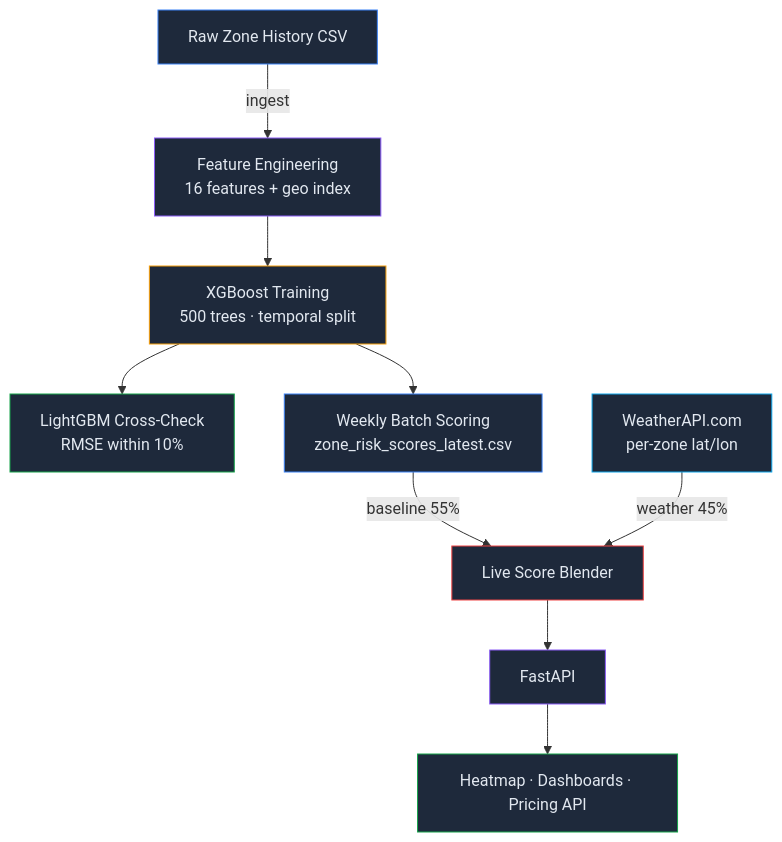
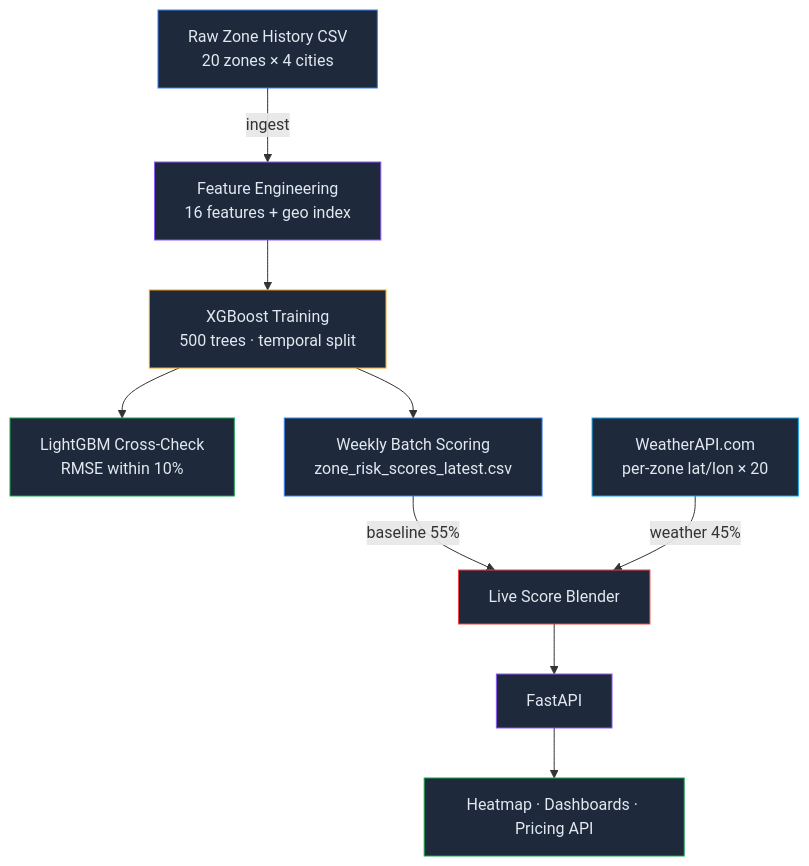
The diagram in README.md (SHANip9/model-risk-prediction), drawn with Mermaid before and after one commit. The commit also changed other lines of this file and 15 other files, not shown here.

````diff
--- a/README.md
+++ b/README.md
@@ -41,21 +41,21 @@
 ```mermaid
 flowchart TD
-    A["Raw Zone History CSV"] -->|ingest| B["Feature Engineering\n16 features + geo index"]
+    A["Raw Zone History CSV\n20 zones × 4 cities"] -->|ingest| B["Feature Engineering\n16 features + geo index"]
     B --> C["XGBoost Training\n500 trees · temporal split"]
     C --> D["LightGBM Cross-Check\nRMSE within 10%"]
     C --> E["Weekly Batch Scoring\nzone_risk_scores_latest.csv"]
     E -->|baseline 55%| F["Live Score Blender"]
-    G["WeatherAPI.com\nper-zone lat/lon"] -->|weather 45%| F
+    G["WeatherAPI.com\nper-zone lat/lon × 20"] -->|weather 45%| F
     F --> H["FastAPI"]
     H --> I["Heatmap · Dashboards · Pricing API"]
 
     style A fill:#1e293b,stroke:#3b82f6,color:#e2e8f0
     style B fill:#1e293b,stroke:#8b5cf6,color:#e2e8f0
     style C fill:#1e293b,stroke:#f59e0b,color:#e2e8f0
     style D fill:#1e293b,stroke:#16a34a,color:#e2e8f0
     style E fill:#1e293b,stroke:#3b82f6,color:#e2e8f0
     style F fill:#1e293b,stroke:#ef4444,color:#e2e8f0
     style G fill:#1e293b,stroke:#0ea5e9,color:#e2e8f0
     style H fill:#1e293b,stroke:#8b5cf6,color:#e2e8f0
     style I fill:#1e293b,stroke:#16a34a,color:#e2e8f0
 ```
````
